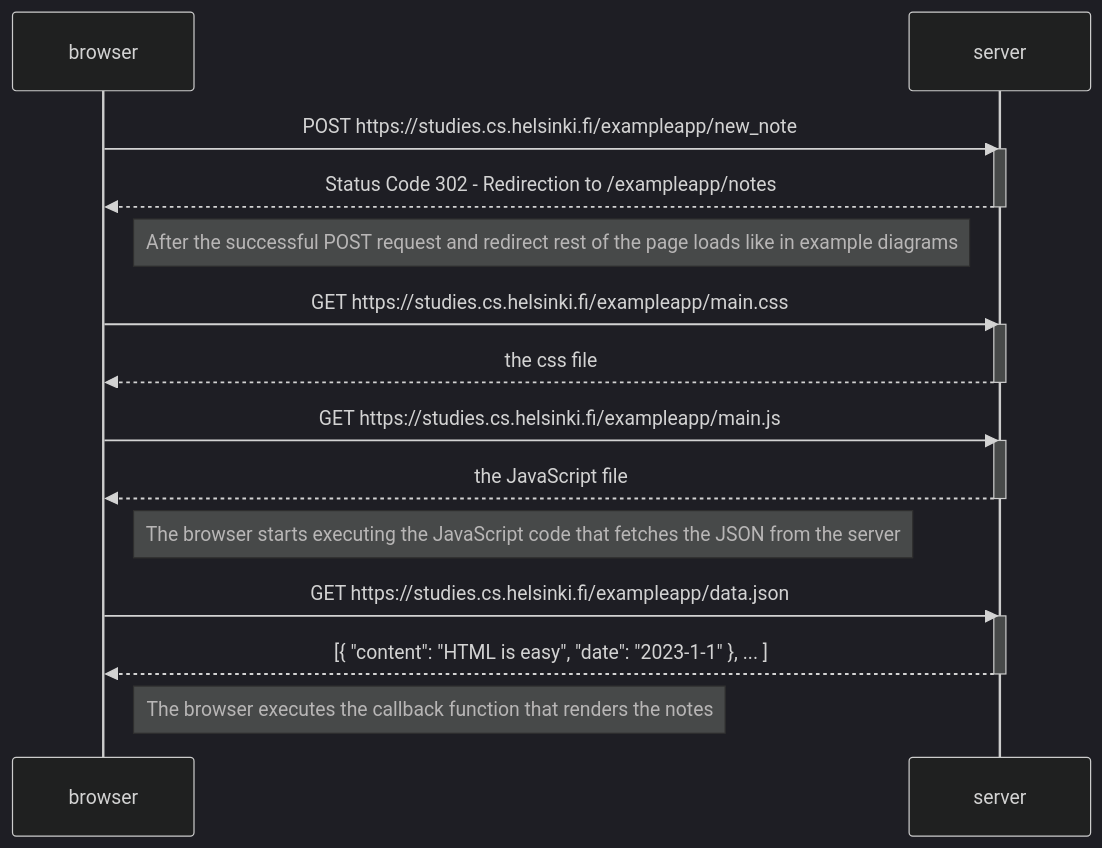
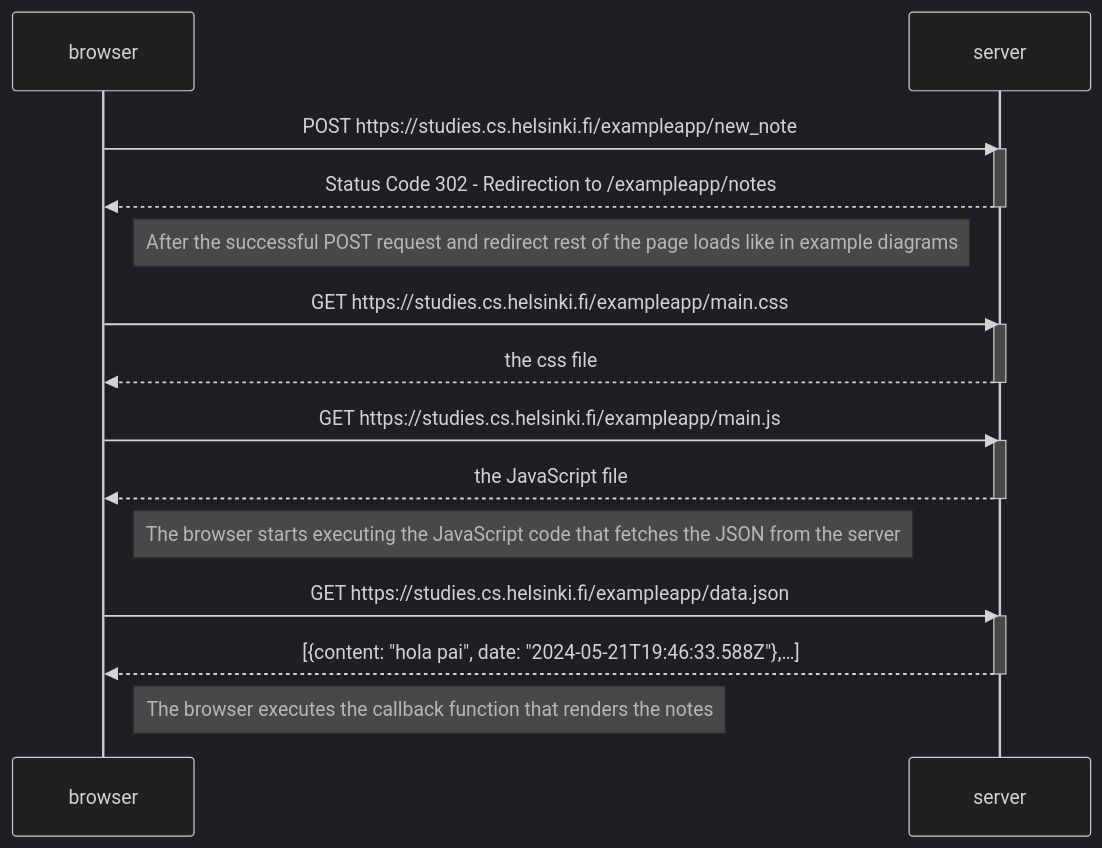
Before and after one commit to HenriMykkanen/FullStackOpen-palautukset: the diagram in osa0/0.4.md, drawn with Mermaid (dark theme).

````diff
--- a/osa0/0.4.md
+++ b/osa0/0.4.md
@@ -1,32 +1,32 @@
 ```mermaid
 sequenceDiagram
   participant browser
   participant server
 
   browser->>server: POST https://studies.cs.helsinki.fi/exampleapp/new_note
   activate server
   server-->>browser: Status Code 302 - Redirection to /exampleapp/notes
   deactivate server
 
   Note right of browser: After the successful POST request and redirect rest of the page        loads like in example diagrams
 
   browser->>server: GET https://studies.cs.helsinki.fi/exampleapp/main.css
     activate server
     server-->>browser: the css file
     deactivate server
     
     browser->>server: GET https://studies.cs.helsinki.fi/exampleapp/main.js
     activate server
     server-->>browser: the JavaScript file
     deactivate server
     
     Note right of browser: The browser starts executing the JavaScript code that fetches the JSON from the server
     
     browser->>server: GET https://studies.cs.helsinki.fi/exampleapp/data.json
     activate server
-    server-->>browser: [{ "content": "HTML is easy", "date": "2023-1-1" }, ... ]
+    server-->>browser: [{content: "hola pai", date: "2024-05-21T19:46:33.588Z"},…]
     deactivate server    
 
     Note right of browser: The browser executes the callback function that renders the notes 
 
 ```
````
